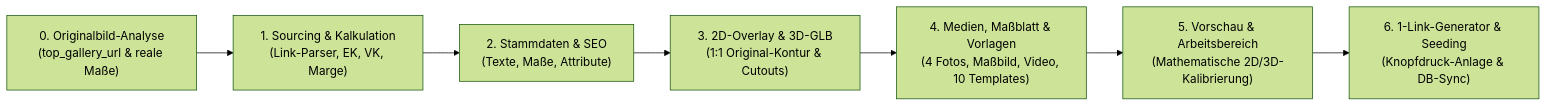
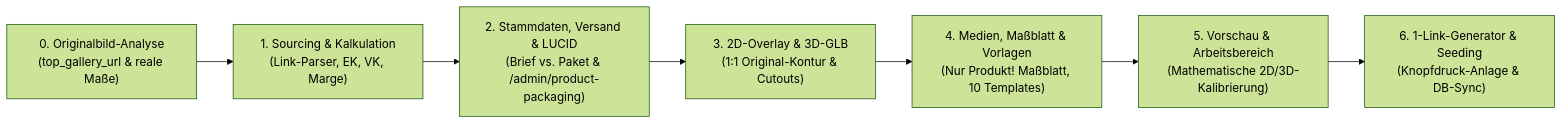
The diagram in Abschlussberichte/Workflows/Workflow_KI_Automatisierte_Produkterstellung.md (Galaxina93/seelenfunke), drawn with Mermaid (forest theme) before and after one commit. The commit also changed other lines of this file and 7 other files, not shown here.

Commit message:
docs(reports): update system, product and legal audit documentation and architecture rules

````diff
--- a/Abschlussberichte/Workflows/Workflow_KI_Automatisierte_Produkterstellung.md
+++ b/Abschlussberichte/Workflows/Workflow_KI_Automatisierte_Produkterstellung.md
@@ -33,9 +41,9 @@
 ```mermaid
 flowchart LR
     G0["0. Originalbild-Analyse\n(top_gallery_url & reale Maße)"] --> A["1. Sourcing & Kalkulation\n(Link-Parser, EK, VK, Marge)"]
-    A --> B["2. Stammdaten & SEO\n(Texte, Maße, Attribute)"]
+    A --> B["2. Stammdaten, Versand & LUCID\n(Brief vs. Paket & /admin/product-packaging)"]
     B --> C["3. 2D-Overlay & 3D-GLB\n(1:1 Original-Kontur & Cutouts)"]
-    C --> D["4. Medien, Maßblatt & Vorlagen\n(4 Fotos, Maßbild, Video, 10 Templates)"]
+    C --> D["4. Medien, Maßblatt & Vorlagen\n(Nur Produkt! Maßblatt, 10 Templates)"]
     D --> E["5. Vorschau & Arbeitsbereich\n(Mathematische 2D/3D-Kalibrierung)"]
     E --> F["6. 1-Link-Generator & Seeding\n(Knopfdruck-Anlage & DB-Sync)"]
 ```
````
